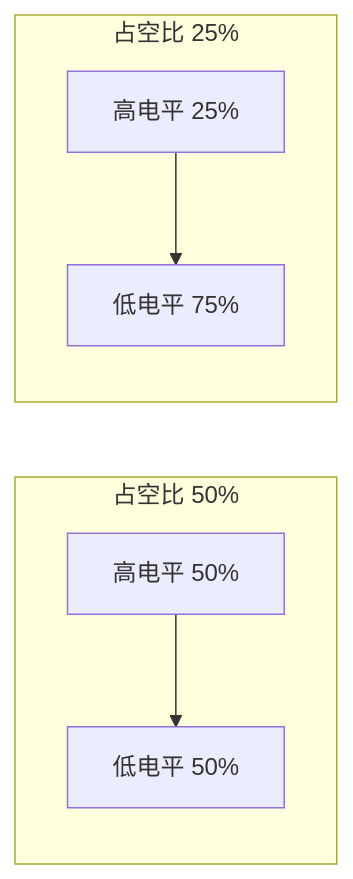
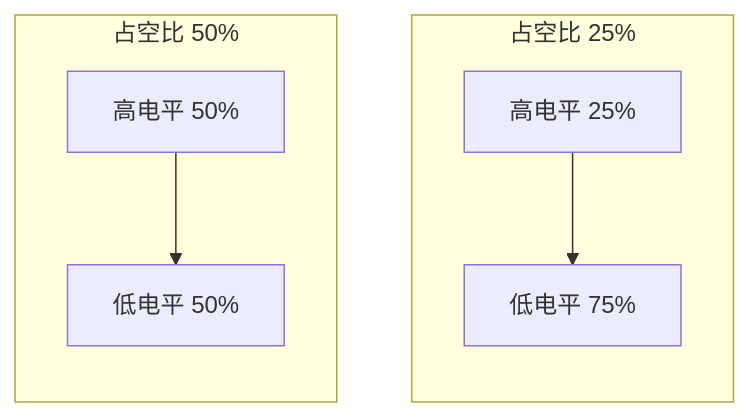
The first of 2 diagrams in docs/zh-CN/samples/peripherals/pwm/pwm.md (sanchuanhehe/fbb_ws53), drawn with Mermaid before and after one commit. The commit also changed other lines of this file and 8 other files, not shown here.

First line of the commit message:
docs: 优化 WS53 示例流程图与配置说明

````diff
--- a/docs/zh-CN/samples/peripherals/pwm/pwm.md
+++ b/docs/zh-CN/samples/peripherals/pwm/pwm.md
@@ -21,9 +17,10 @@
 ```mermaid
 flowchart LR
-    subgraph 占空比 50%
+    subgraph A["占空比 50%"]
         H1[高电平 50%] --> L1[低电平 50%]
     end
-    subgraph 占空比 25%
+    subgraph B["占空比 25%"]
         H2[高电平 25%] --> L2[低电平 75%]
     end
+    A~~~B
 ```
````
